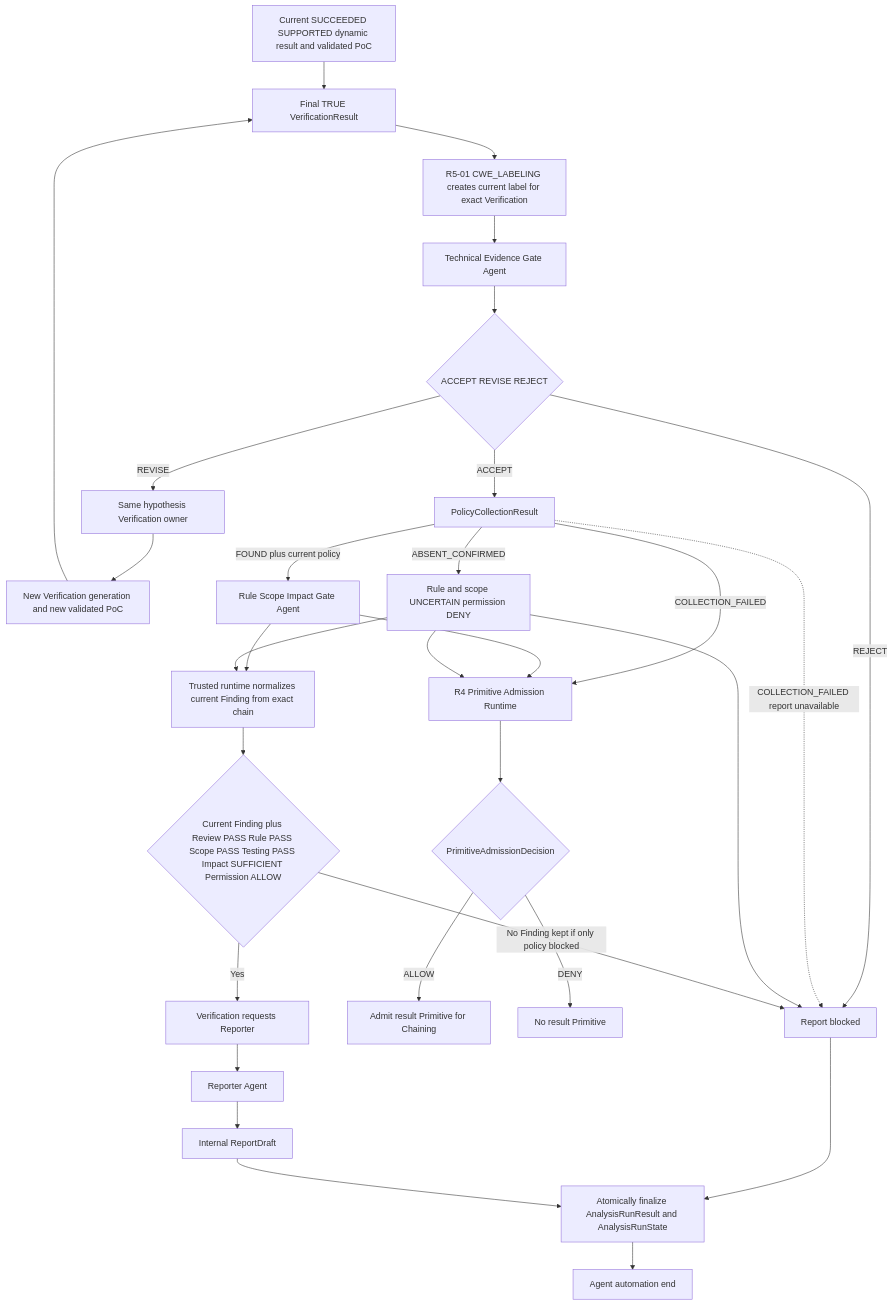
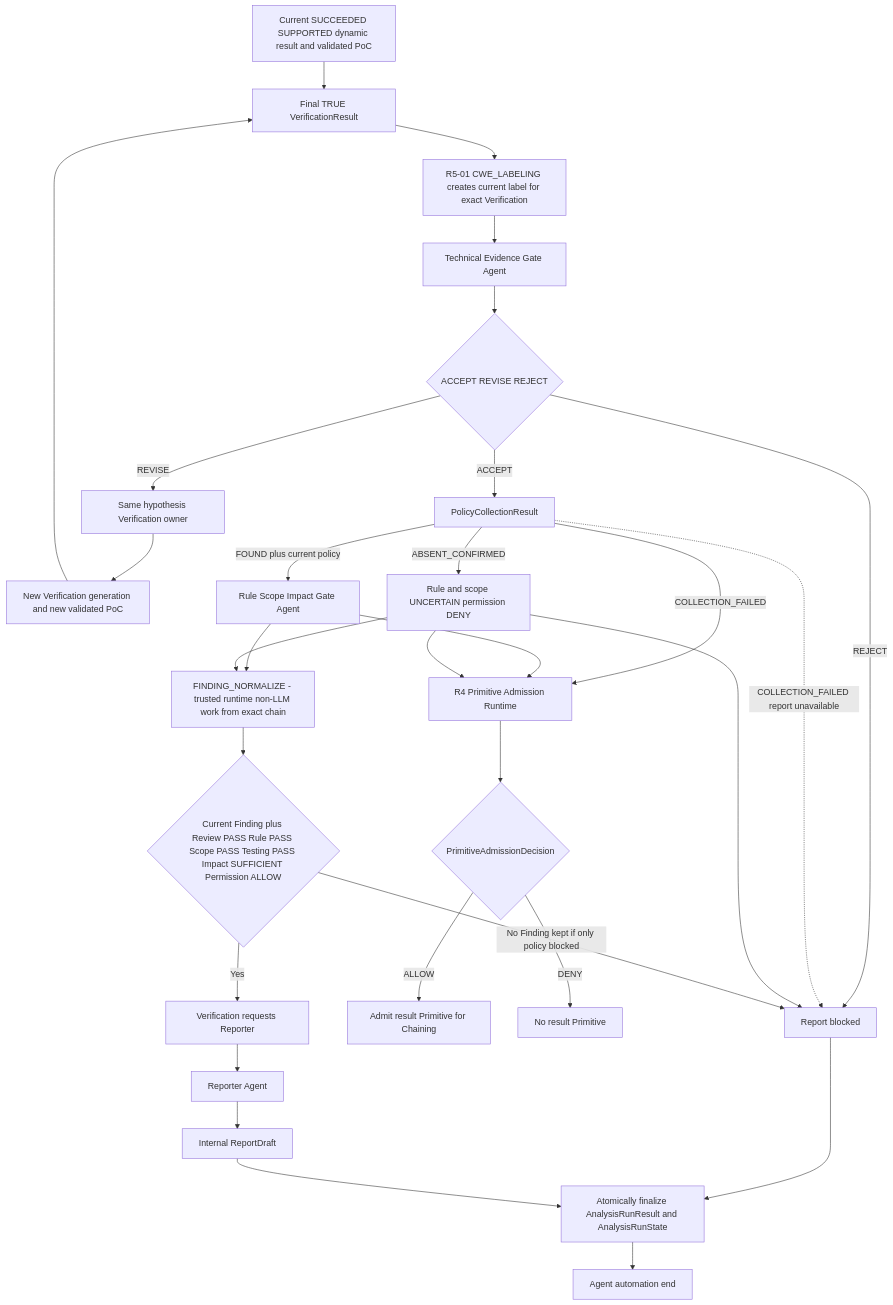
One commit to SASTsimi/sastsimi changed the sixth of 13 diagrams in docs/architecture-v5/13-architecture-diagrams.md. Above: the diagram before and after it, drawn with Mermaid. The commit also changed other lines of this file and 8 other files, not shown here.

````diff
--- a/docs/architecture-v5/13-architecture-diagrams.md
+++ b/docs/architecture-v5/13-architecture-diagrams.md
@@ -254,32 +254,32 @@
 ```mermaid
 flowchart TB
     DYN[Current SUCCEEDED SUPPORTED dynamic result and validated PoC] --> VR[Final TRUE VerificationResult]
     VR --> CWE[R5-01 CWE_LABELING creates current label for exact Verification]
     CWE --> TECH[Technical Evidence Gate Agent]
     TECH --> TS{ACCEPT REVISE REJECT}
     TS -->|REVISE| BACK[Same hypothesis Verification owner]
     BACK --> NEWGEN[New Verification generation and new validated PoC]
     NEWGEN --> VR
     TS -->|REJECT| BLOCK[Report blocked]
     TS -->|ACCEPT| COLLECT[PolicyCollectionResult]
     COLLECT -->|FOUND plus current policy| RULE[Rule Scope Impact Gate Agent]
     COLLECT -->|ABSENT_CONFIRMED| UNCERTAIN[Rule and scope UNCERTAIN permission DENY]
     COLLECT -->|COLLECTION_FAILED| ARUN[R4 Primitive Admission Runtime]
     RULE --> ARUN
     UNCERTAIN --> ARUN
     ARUN --> ADEC{PrimitiveAdmissionDecision}
     ADEC -->|ALLOW| PRIMITIVE[Admit result Primitive for Chaining]
     ADEC -->|DENY| NOPRIMITIVE[No result Primitive]
     COLLECT -. COLLECTION_FAILED report unavailable .-> BLOCK
     UNCERTAIN --> BLOCK
-    RULE --> NORMF[Trusted runtime normalizes current Finding from exact chain]
+    RULE --> NORMF[FINDING_NORMALIZE - trusted runtime non-LLM work from exact chain]
     UNCERTAIN --> NORMF
     NORMF --> READY{Current Finding plus Review PASS Rule PASS Scope PASS Testing PASS Impact SUFFICIENT Permission ALLOW}
     READY -->|No Finding kept if only policy blocked| BLOCK
     READY -->|Yes| RREQ[Verification requests Reporter]
     RREQ --> REPORTER[Reporter Agent]
     REPORTER --> DRAFT[Internal ReportDraft]
     BLOCK --> FINAL[Atomically finalize AnalysisRunResult and AnalysisRunState]
     DRAFT --> FINAL
     FINAL --> END[Agent automation end]
 ```
````
